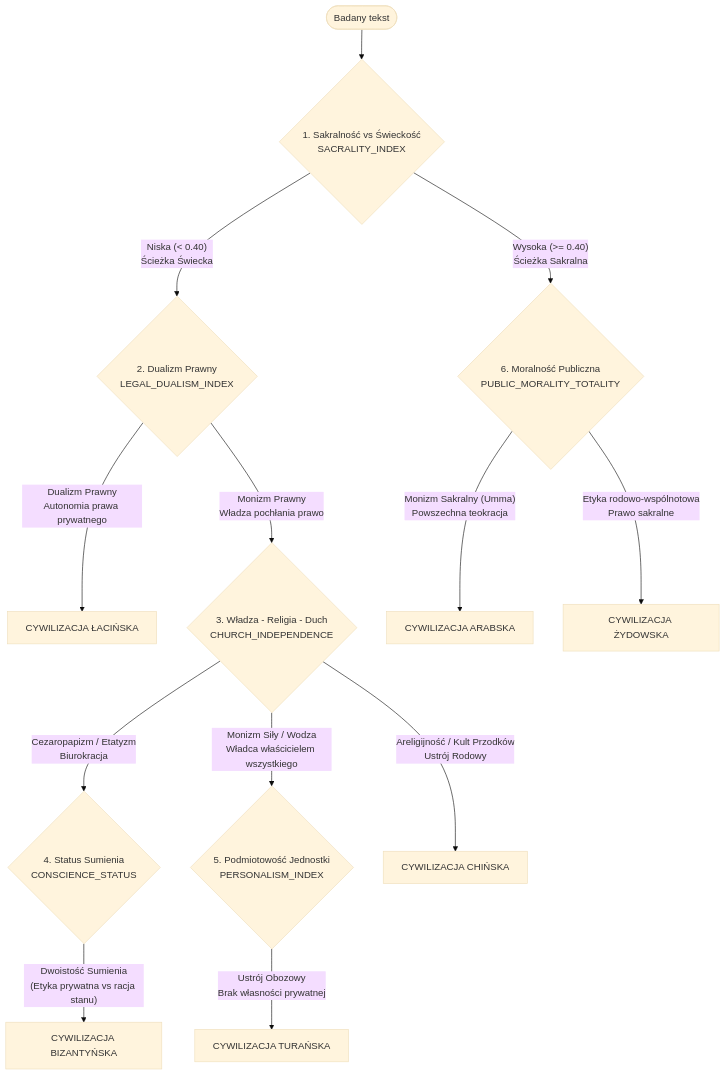
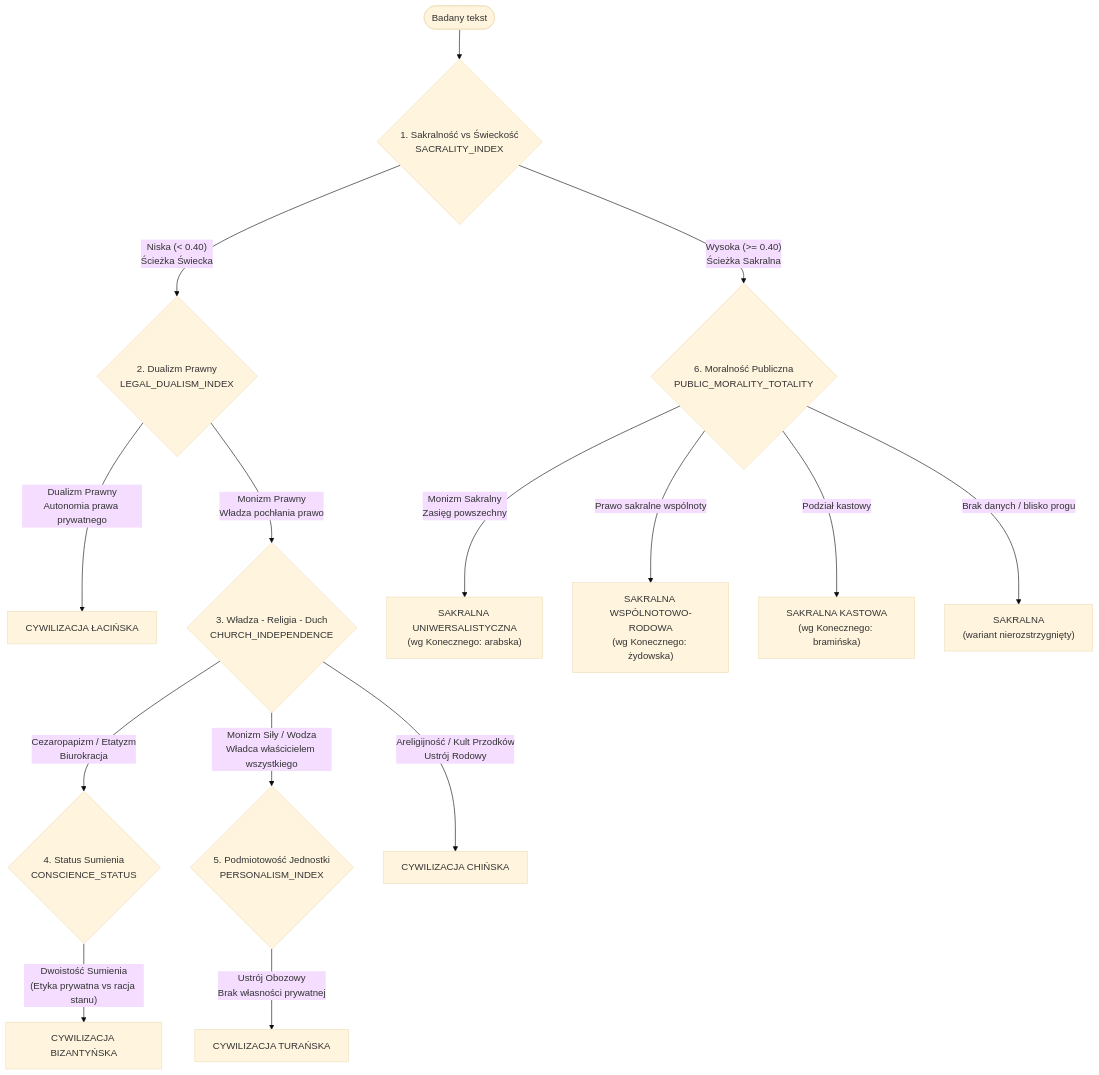
The diagram in README.md (Pawel-Zygler/algorytm_konecznego), drawn with Mermaid (base theme) before and after one commit. The commit also changed other lines of this file and 19 other files, not shown here.

````diff
--- a/README.md
+++ b/README.md
@@ -107,20 +107,22 @@
 ```mermaid
 flowchart TD
     Start([Badany tekst]) --> B1{1. Sakralność vs Świeckość\nSACRALITY_INDEX}
     
     B1 -- "Wysoka (>= 0.40)\nŚcieżka Sakralna" --> B6{6. Moralność Publiczna\nPUBLIC_MORALITY_TOTALITY}
     B1 -- "Niska (< 0.40)\nŚcieżka Świecka" --> B2{2. Dualizm Prawny\nLEGAL_DUALISM_INDEX}
     
     B2 -- "Dualizm Prawny\nAutonomia prawa prywatnego" --> CivLatin["CYWILIZACJA ŁACIŃSKA"]
     B2 -- "Monizm Prawny\nWładza pochłania prawo" --> B3{3. Władza - Religia - Duch\nCHURCH_INDEPENDENCE}
     
     B3 -- "Cezaropapizm / Etatyzm\nBiurokracja" --> B4{4. Status Sumienia\nCONSCIENCE_STATUS}
     B3 -- "Monizm Siły / Wodza\nWładca właścicielem wszystkiego" --> B5{5. Podmiotowość Jednostki\nPERSONALISM_INDEX}
     B3 -- "Areligijność / Kult Przodków\nUstrój Rodowy" --> CivChina["CYWILIZACJA CHIŃSKA"]
     
     B4 -- "Dwoistość Sumienia\n(Etyka prywatna vs racja stanu)" --> CivByz["CYWILIZACJA BIZANTYŃSKA"]
     B5 -- "Ustrój Obozowy\nBrak własności prywatnej" --> CivTur["CYWILIZACJA TURAŃSKA"]
     
-    B6 -- "Monizm Sakralny (Umma)\nPowszechna teokracja" --> CivArab["CYWILIZACJA ARABSKA"]
-    B6 -- "Etyka rodowo-wspólnotowa\nPrawo sakralne" --> CivJew["CYWILIZACJA ŻYDOWSKA"]
+    B6 -- "Monizm Sakralny\nZasięg powszechny" --> CivArab["SAKRALNA UNIWERSALISTYCZNA\n(wg Konecznego: arabska)"]
+    B6 -- "Prawo sakralne wspólnoty" --> CivJew["SAKRALNA WSPÓLNOTOWO-RODOWA\n(wg Konecznego: żydowska)"]
+    B6 -- "Podział kastowy" --> CivBra["SAKRALNA KASTOWA\n(wg Konecznego: bramińska)"]
+    B6 -- "Brak danych / blisko progu" --> CivUnd["SAKRALNA\n(wariant nierozstrzygnięty)"]
 ```
````
